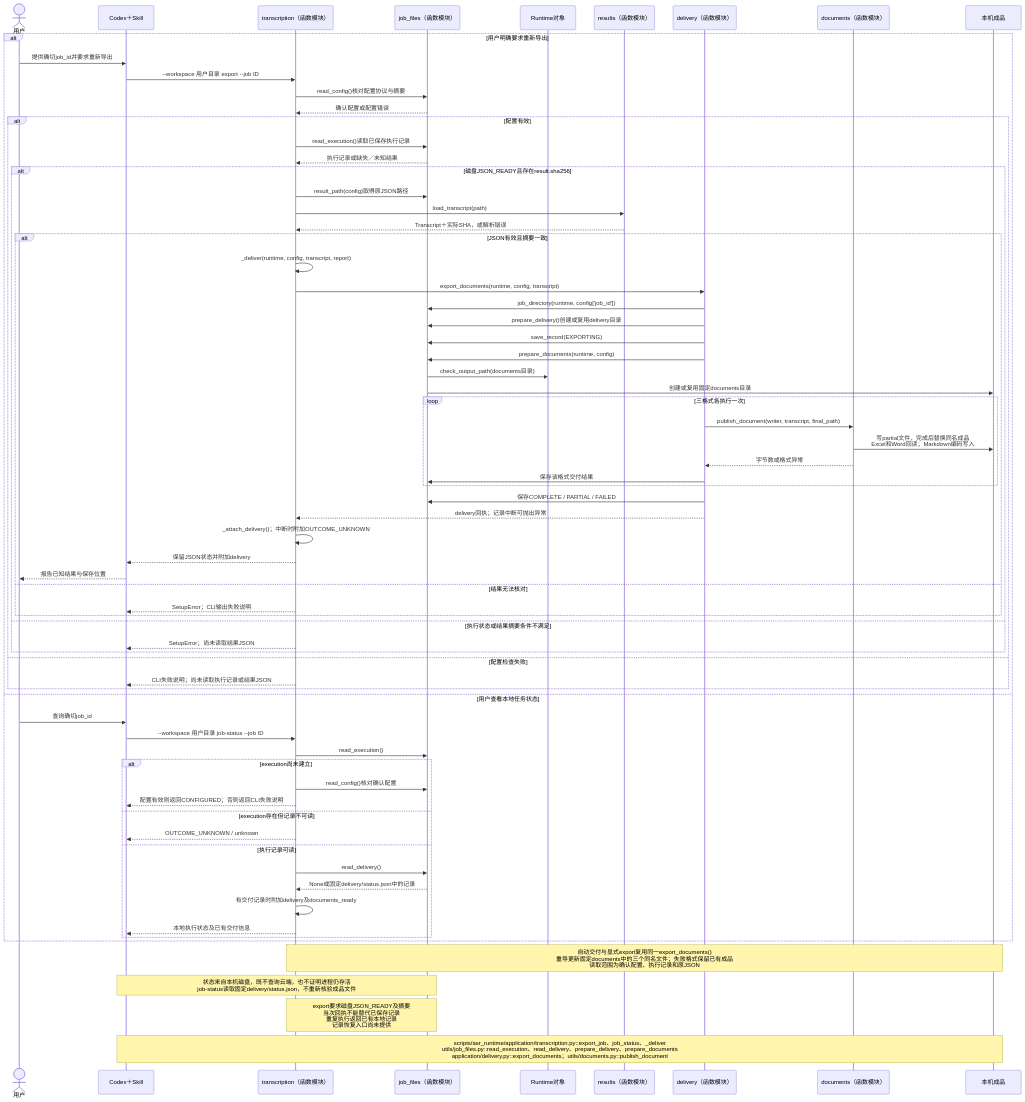
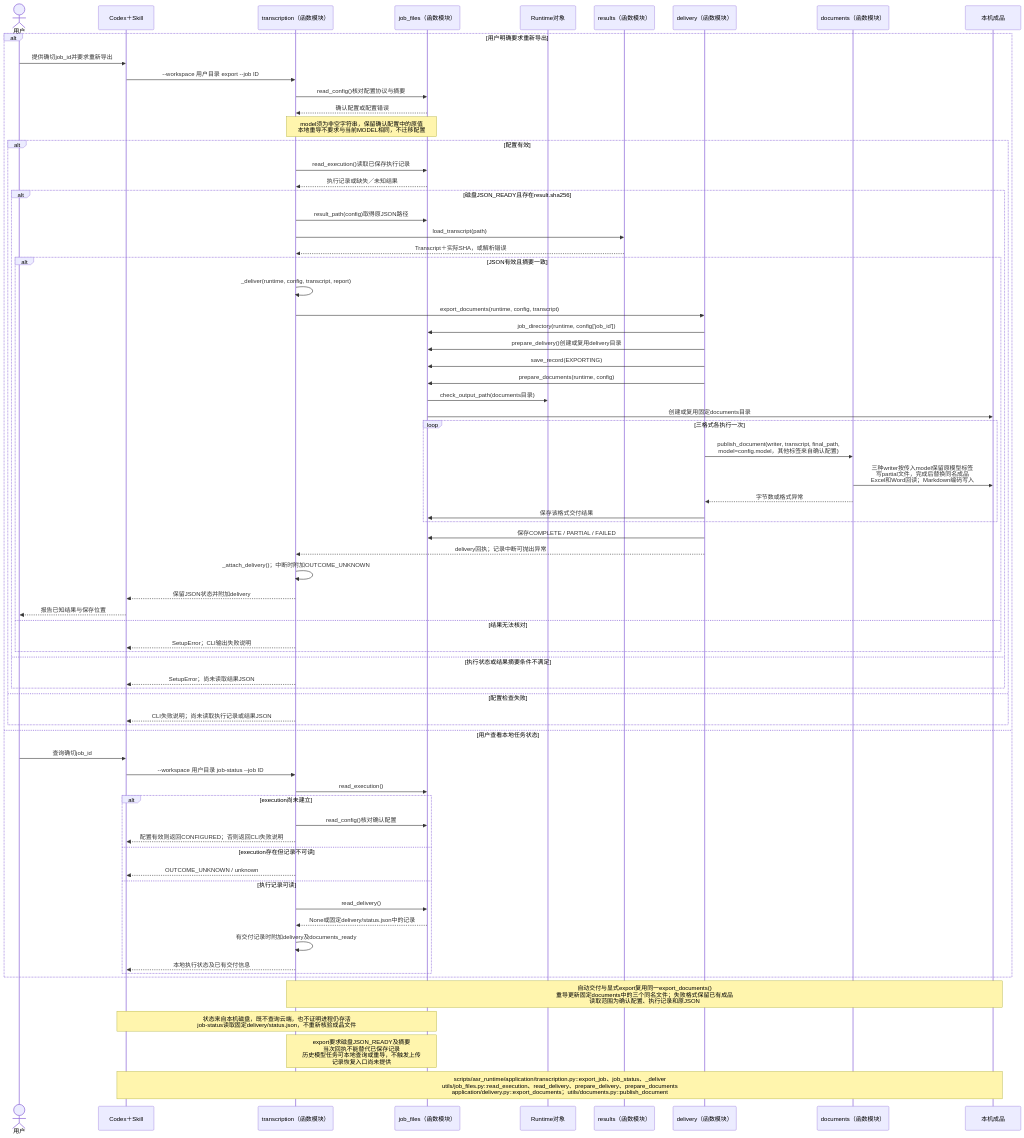
The diagram in doc/uml/06-export.mmd (hx101700/asr-agent), drawn with Mermaid before and after one commit. The commit also changed 42 other files, not shown here.

```diff
--- a/doc/uml/06-export.mmd
+++ b/doc/uml/06-export.mmd
@@ -1,71 +1,72 @@
 sequenceDiagram
 actor U as 用户
 participant C as Codex＋Skill
 participant T as transcription（函数模块）
 participant J as job_files（函数模块）
 participant E as Runtime对象
 participant R as results（函数模块）
 participant D as delivery（函数模块）
 participant W as documents（函数模块）
 participant F as 本机成品
 alt 用户明确要求重新导出
     U->>C: 提供确切job_id并要求重新导出
     C->>T: --workspace 用户目录 export --job ID
     T->>J: read_config()核对配置协议与摘要
     J-->>T: 确认配置或配置错误
+    Note over T,J: model须为非空字符串，保留确认配置中的原值<br/>本地重导不要求与当前MODEL相同，不迁移配置
     alt 配置有效
         T->>J: read_execution()读取已保存执行记录
         J-->>T: 执行记录或缺失／未知结果
         alt 磁盘JSON_READY且存在result.sha256
             T->>J: result_path(config)取得原JSON路径
             T->>R: load_transcript(path)
             R-->>T: Transcript＋实际SHA，或解析错误
             alt JSON有效且摘要一致
                 T->>T: _deliver(runtime, config, transcript, report)
                 T->>D: export_documents(runtime, config, transcript)
                 D->>J: job_directory(runtime, config['job_id'])
                 D->>J: prepare_delivery()创建或复用delivery目录
                 D->>J: save_record(EXPORTING)
                 D->>J: prepare_documents(runtime, config)
                 J->>E: check_output_path(documents目录)
                 J->>F: 创建或复用固定documents目录
                 loop 三格式各执行一次
-                    D->>W: publish_document(writer, transcript, final_path)
-                    W->>F: 写partial文件，完成后替换同名成品<br/>Excel和Word回读；Markdown编码写入
+                    D->>W: publish_document(writer, transcript, final_path,<br/>model=config.model，其他标签来自确认配置)
+                    W->>F: 三种writer按传入model保留原模型标签<br/>写partial文件，完成后替换同名成品<br/>Excel和Word回读；Markdown编码写入
                     W-->>D: 字节数或格式异常
                     D->>J: 保存该格式交付结果
                 end
                 D->>J: 保存COMPLETE / PARTIAL / FAILED
                 D-->>T: delivery回执；记录中断可抛出异常
                 T->>T: _attach_delivery()；中断时附加OUTCOME_UNKNOWN
                 T-->>C: 保留JSON状态并附加delivery
                 C-->>U: 报告已知结果与保存位置
             else 结果无法核对
                 T-->>C: SetupError；CLI输出失败说明
             end
         else 执行状态或结果摘要条件不满足
             T-->>C: SetupError；尚未读取结果JSON
         end
     else 配置检查失败
         T-->>C: CLI失败说明；尚未读取执行记录或结果JSON
     end
 else 用户查看本地任务状态
     U->>C: 查询确切job_id
     C->>T: --workspace 用户目录 job-status --job ID
     T->>J: read_execution()
     alt execution尚未建立
         T->>J: read_config()核对确认配置
         T-->>C: 配置有效则返回CONFIGURED；否则返回CLI失败说明
     else execution存在但记录不可读
         T-->>C: OUTCOME_UNKNOWN / unknown
     else 执行记录可读
         T->>J: read_delivery()
         J-->>T: None或固定delivery/status.json中的记录
         T->>T: 有交付记录时附加delivery及documents_ready
         T-->>C: 本地执行状态及已有交付信息
     end
 end
 Note over T,F: 自动交付与显式export复用同一export_documents()<br/>重导更新固定documents中的三个同名文件；失败格式保留已有成品<br/>读取范围为确认配置、执行记录和原JSON
 Note over C,J: 状态来自本机磁盘，既不查询云端，也不证明进程仍存活<br/>job-status读取固定delivery/status.json，不重新核验成品文件
-Note over T,J: export要求磁盘JSON_READY及摘要<br/>当次回执不能替代已保存记录<br/>重复执行返回已有本地记录<br/>记录恢复入口尚未提供
+Note over T,J: export要求磁盘JSON_READY及摘要<br/>当次回执不能替代已保存记录<br/>历史模型任务可本地查询或重导，不触发上传<br/>记录恢复入口尚未提供
 Note over C,F: scripts/asr_runtime/application/transcription.py::export_job、job_status、_deliver<br/>utils/job_files.py::read_execution、read_delivery、prepare_delivery、prepare_documents<br/>application/delivery.py::export_documents；utils/documents.py::publish_document
```
